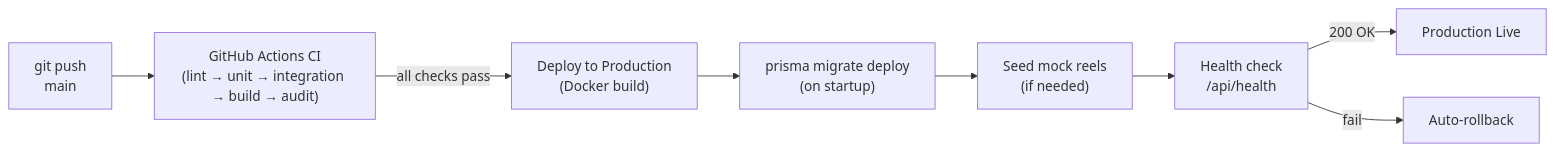
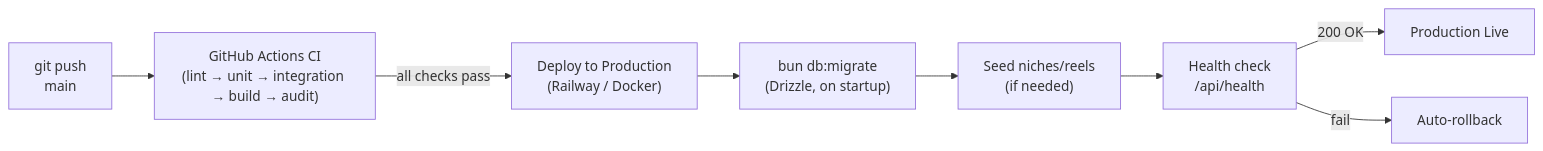
One commit to KennethAtchon/ContentAI changed the fifth of 5 diagrams in docs/architecture/diagrams.md. Above: the diagram before and after it, drawn with Mermaid. The commit also changed other lines of this file and 12 other files, not shown here.

First line of the commit message:
docs: Update architecture documentation to reflect ReelStudio's current tech stack and implementation

````diff
--- a/docs/architecture/diagrams.md
+++ b/docs/architecture/diagrams.md
@@ -236,11 +236,11 @@
 ```mermaid
 flowchart LR
     Dev["git push\nmain"]
     Dev --> CI["GitHub Actions CI\n(lint → unit → integration → build → audit)"]
-    CI -->|all checks pass| Deploy["Deploy to Production\n(Docker build)"]
-    Deploy --> Migrate["prisma migrate deploy\n(on startup)"]
-    Migrate --> Seed["Seed mock reels\n(if needed)"]
+    CI -->|all checks pass| Deploy["Deploy to Production\n(Railway / Docker)"]
+    Deploy --> Migrate["bun db:migrate\n(Drizzle, on startup)"]
+    Migrate --> Seed["Seed niches/reels\n(if needed)"]
     Seed --> Health["Health check\n/api/health"]
     Health -->|200 OK| Live["Production Live"]
     Health -->|fail| Rollback["Auto-rollback"]
 ```
````
